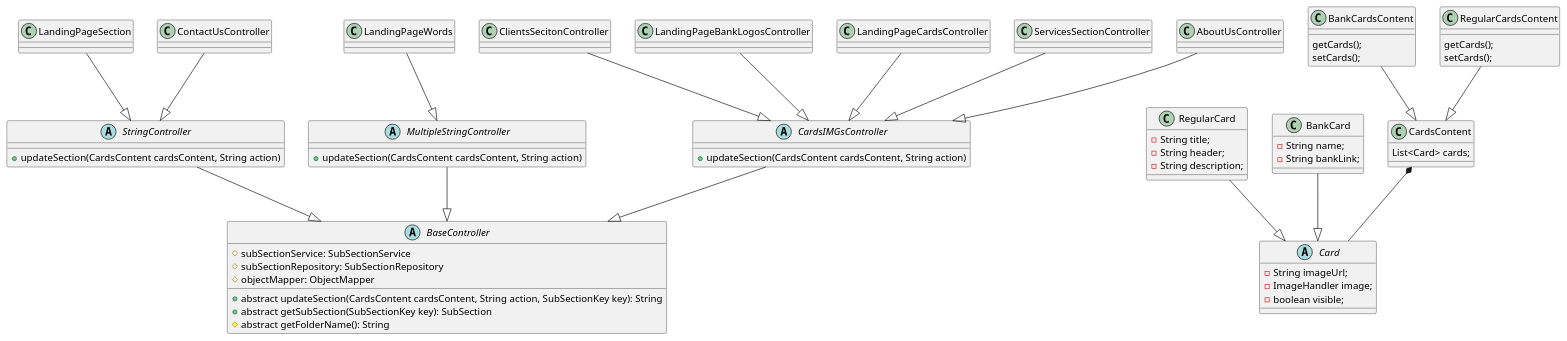
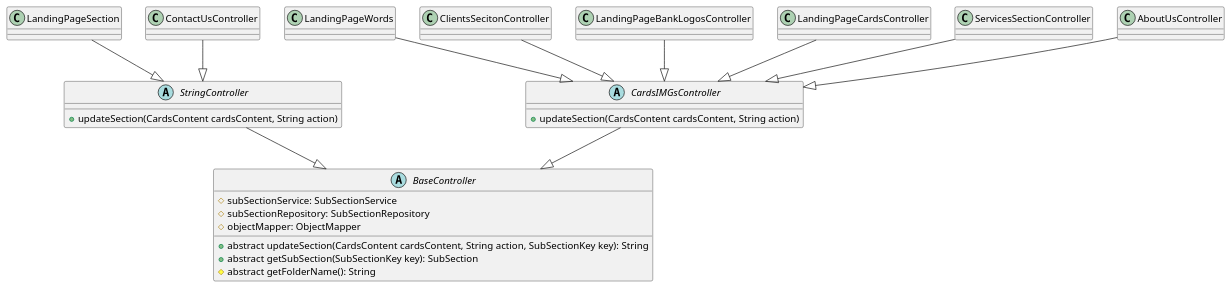
The diagram in docs/uml/cardsIMGsController.puml (aamer867/el.waleed-api), drawn with PlantUML before and after one commit. The commit also changed 23 other files, not shown here.

Commit message:
updating UML for cards, and adapting the cards to the New UML, to handle two Abstract types of Cards

```diff
--- a/docs/uml/cardsIMGsController.puml
+++ b/docs/uml/cardsIMGsController.puml
@@ -1,73 +1,32 @@
 @startuml
 abstract class BaseController {
     #subSectionService: SubSectionService
     #subSectionRepository: SubSectionRepository
     #objectMapper: ObjectMapper
 
     + abstract updateSection(CardsContent cardsContent, String action, SubSectionKey key): String
     + abstract getSubSection(SubSectionKey key): SubSection
     # abstract getFolderName(): String
 }
 
 abstract class StringController {
     + updateSection(CardsContent cardsContent, String action)
 }
-abstract class MultipleStringController {
-    + updateSection(CardsContent cardsContent, String action)
-}
-LandingPageWords --|> MultipleStringController
+
+LandingPageWords --|> CardsIMGsController
 LandingPageSection --|> StringController
 ContactUsController --|> StringController
 StringController --|> BaseController
-MultipleStringController --|> BaseController
 
 abstract class CardsIMGsController {
     + updateSection(CardsContent cardsContent, String action)
 }
 
 CardsIMGsController --|> BaseController
 
 ClientsSecitonController --|> CardsIMGsController
 LandingPageBankLogosController --|> CardsIMGsController
 LandingPageCardsController --|> CardsIMGsController
 ServicesSectionController --|> CardsIMGsController
 AboutUsController --|> CardsIMGsController
-
-
-Abstract class Card {
-    - String imageUrl;
-    - ImageHandler image;
-    - boolean visible;
-
-}
-
-class RegularCard {
-    - String title;
-    - String header;
-    - String description;
-}
-
-class BankCard {
-    - String name;
-    - String bankLink;
-}
-
-class CardsContent {
-    List<Card> cards;
-}
-class BankCardsContent {
-    getCards();
-    setCards();
-}
-class RegularCardsContent {
-    getCards();
-    setCards();
-}
-
-CardsContent *-- Card
-BankCard --|> Card
-RegularCard --|> Card
-BankCardsContent --|> CardsContent
-RegularCardsContent --|> CardsContent
-
 @enduml
```
